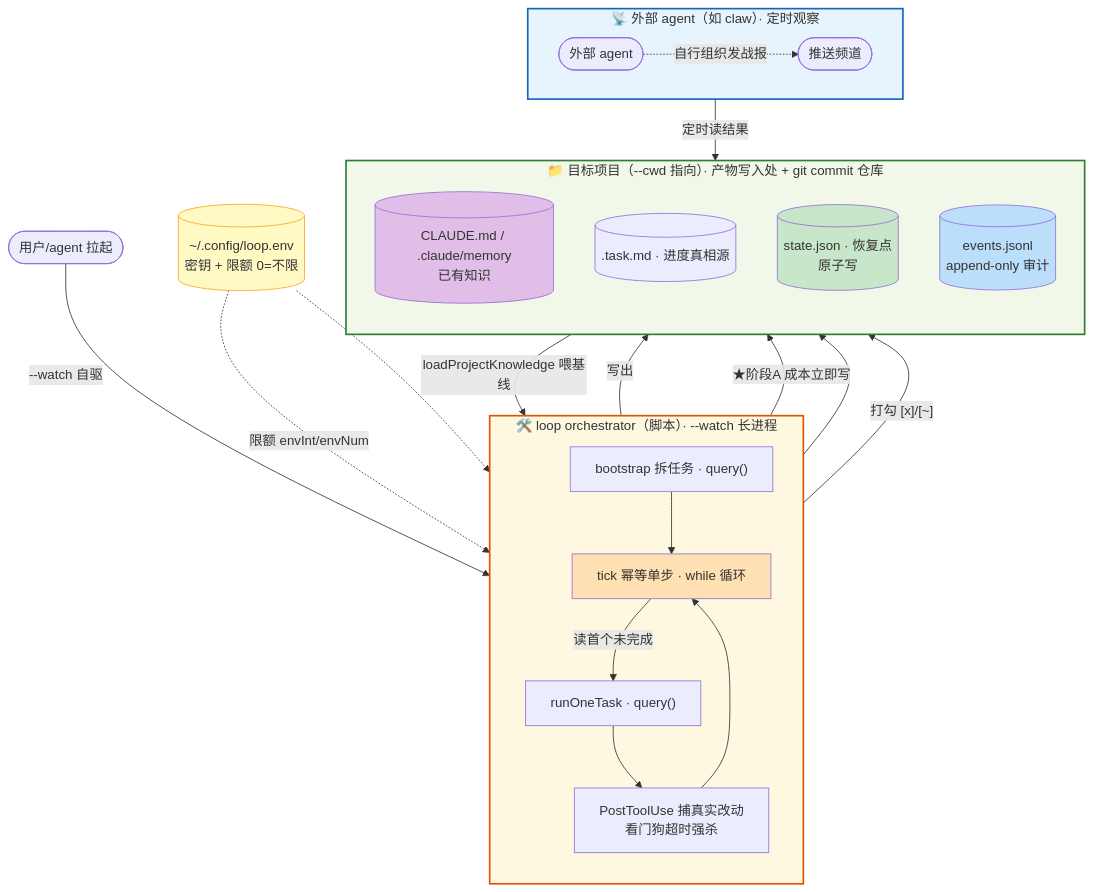
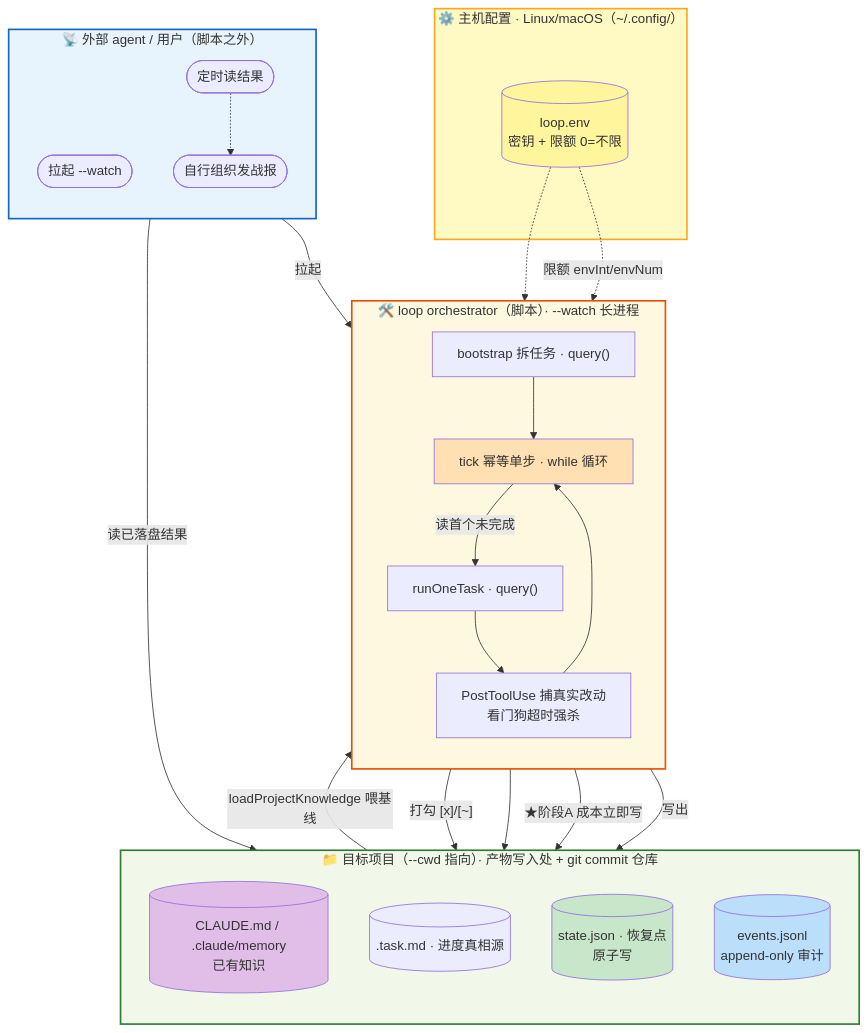
The first of 3 diagrams in README.md (free-wyq/loop), drawn with Mermaid before and after one commit. The commit also changed other lines of this file, not shown here.

Commit message:
docs(README): 架构图边界修正——用户归外部框，loop.env 独立主机框
- 用户/agent 拉起 收进外部蓝框（与 claw 同属脚本之外的角色）
- loop.env 单独成主机配置黄框——它是 Linux/macOS XDG 路径，属主机层不属项目/脚本
- 四个边界：主机配置(黄)/目标项目(绿)/脚本(橙)/脚本之外(蓝)

````diff
--- a/README.md
+++ b/README.md
@@ -37,52 +37,54 @@
 ```mermaid
 flowchart TB
-    User([用户/agent 拉起])
+    subgraph HOST["⚙️ 主机配置 · Linux/macOS（~/.config/）"]
+      ENV[("loop.env<br/>密钥 + 限额 0=不限")]
+    end
 
     subgraph PROJ["📁 目标项目（--cwd 指向）· 产物写入处 + git commit 仓库"]
       direction TB
       KNOW[("CLAUDE.md / .claude/memory<br/>已有知识")]
       TASK[(".task.md · 进度真相源")]
       STATE[("state.json · 恢复点<br/>原子写")]
       EVENTS[("events.jsonl<br/>append-only 审计")]
     end
 
     subgraph SCRIPT["🛠️ loop orchestrator（脚本）· --watch 长进程"]
       direction TB
       BOOT["bootstrap 拆任务 · query()"]
       TICK["tick 幂等单步 · while 循环"]
       RUN["runOneTask · query()"]
       SDK["PostToolUse 捕真实改动<br/>看门狗超时强杀"]
     end
 
-    ENV[("~/.config/loop.env<br/>密钥 + 限额 0=不限")]
-
-    subgraph EXTBOX["📡 外部 agent（如 claw）· 定时观察"]
-      direction LR
-      Ext([外部 agent])
-      Push([推送频道])
+    subgraph EXTBOX["📡 外部 agent / 用户（脚本之外）"]
+      direction TB
+      User([拉起 --watch])
+      Ext([定时读结果])
+      Push([自行组织发战报])
     end
 
-    User -->|"--watch 自驱"| BOOT
+    User -->|"拉起"| BOOT
     KNOW -->|"loadProjectKnowledge 喂基线"| BOOT
     ENV -.->|"限额 envInt/envNum"| BOOT
     BOOT -->|"写出"| TASK
     BOOT --> TICK
     TICK -->|"读首个未完成"| RUN
     ENV -.-> RUN
     RUN --> SDK
     SDK --> TICK
     TICK -->|"★阶段A 成本立即写"| STATE
     TICK --> EVENTS
     TICK -->|"打勾 [x]/[~]"| TASK
-    Ext -->|"定时读结果"| STATE
-    Ext -.->|"自行组织发战报"| Push
+    Ext -->|"读已落盘结果"| STATE
+    Ext -.-> Push
 
+    style HOST fill:#fff9c4,stroke:#f9a825,stroke-width:2px
     style PROJ fill:#f1f8e9,stroke:#2e7d32,stroke-width:2px
     style SCRIPT fill:#fff8e1,stroke:#e65100,stroke-width:2px
     style EXTBOX fill:#e8f4fd,stroke:#1565c0,stroke-width:2px
-    style ENV fill:#fff9c4,stroke:#f9a825,stroke-width:1px
     style STATE fill:#c8e6c9
     style EVENTS fill:#bbdefb
     style TICK fill:#ffe0b2
     style KNOW fill:#e1bee7
+    style ENV fill:#fff59d
 ```
````
